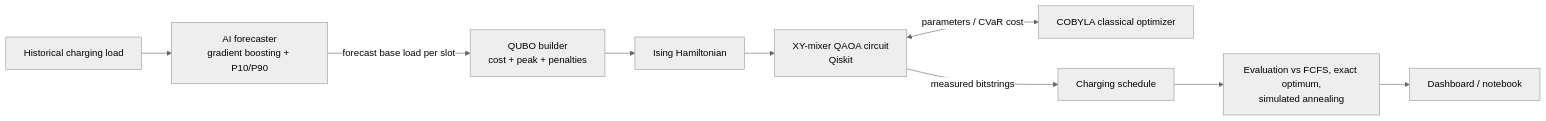
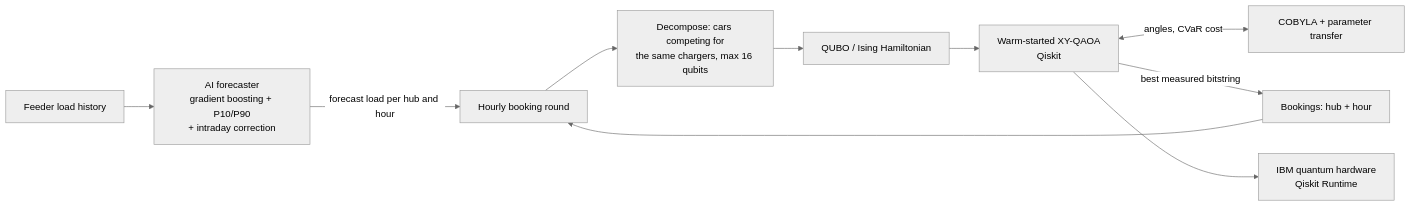
One commit to MinalVP0824/EV-Quantum-Charging changed the diagram in README.md. Above: the diagram before and after it, drawn with Mermaid (neutral theme). The commit also changed other lines of this file and 39 other files, not shown here.

Commit message:
v2: city digital twin, IBM hardware, booking, new UI

````diff
--- a/README.md
+++ b/README.md
@@ -34,11 +38,12 @@
 ```mermaid
 flowchart LR
-    A[Historical charging load] --> B[AI forecaster<br/>gradient boosting + P10/P90]
-    B -- forecast base load per slot --> C[QUBO builder<br/>cost + peak + penalties]
-    C --> D[Ising Hamiltonian]
-    D --> E[XY-mixer QAOA circuit<br/>Qiskit]
-    E <-- parameters / CVaR cost --> F[COBYLA classical optimizer]
-    E -- measured bitstrings --> G[Charging schedule]
-    G --> H[Evaluation vs FCFS, exact optimum,<br/>simulated annealing]
-    H --> I[Dashboard / notebook]
+    A[Feeder load history] --> B[AI forecaster<br/>gradient boosting + P10/P90<br/>+ intraday correction]
+    B -- forecast load per hub and hour --> C[Hourly booking round]
+    C --> D[Decompose: cars competing for<br/>the same chargers, max 16 qubits]
+    D --> E[QUBO / Ising Hamiltonian]
+    E --> F[Warm-started XY-QAOA<br/>Qiskit]
+    F <-- angles, CVaR cost --> G[COBYLA + parameter transfer]
+    F -- best measured bitstring --> H[Bookings: hub + hour]
+    H --> C
+    F --> I[IBM quantum hardware<br/>Qiskit Runtime]
 ```
````
